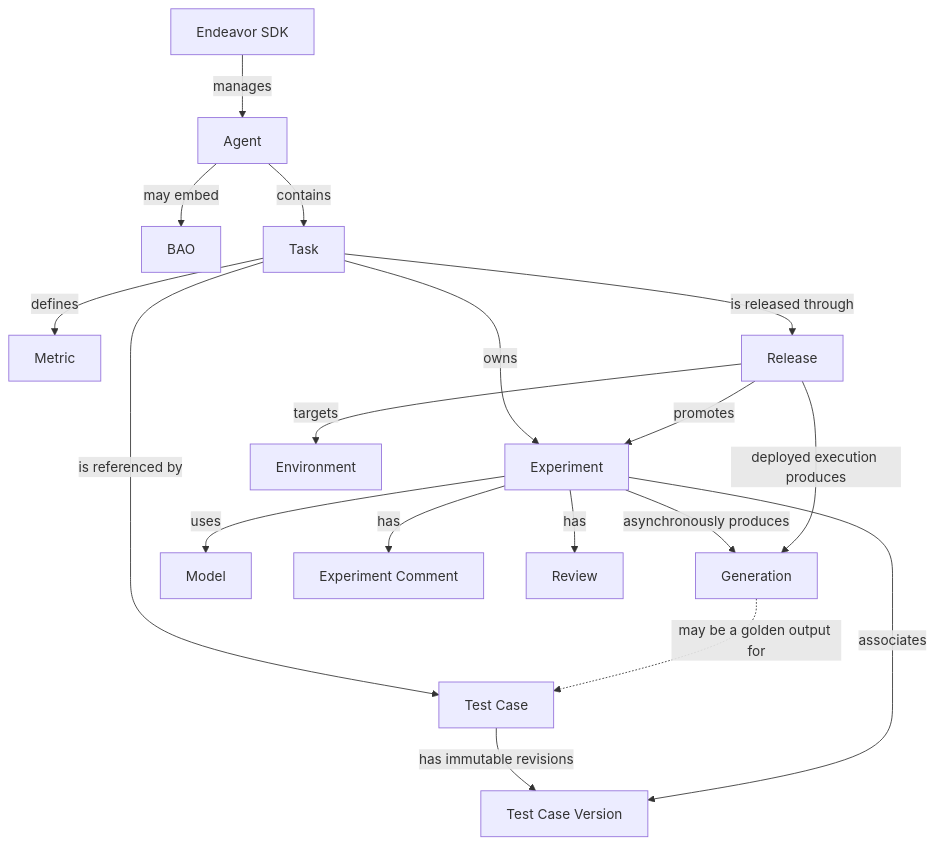
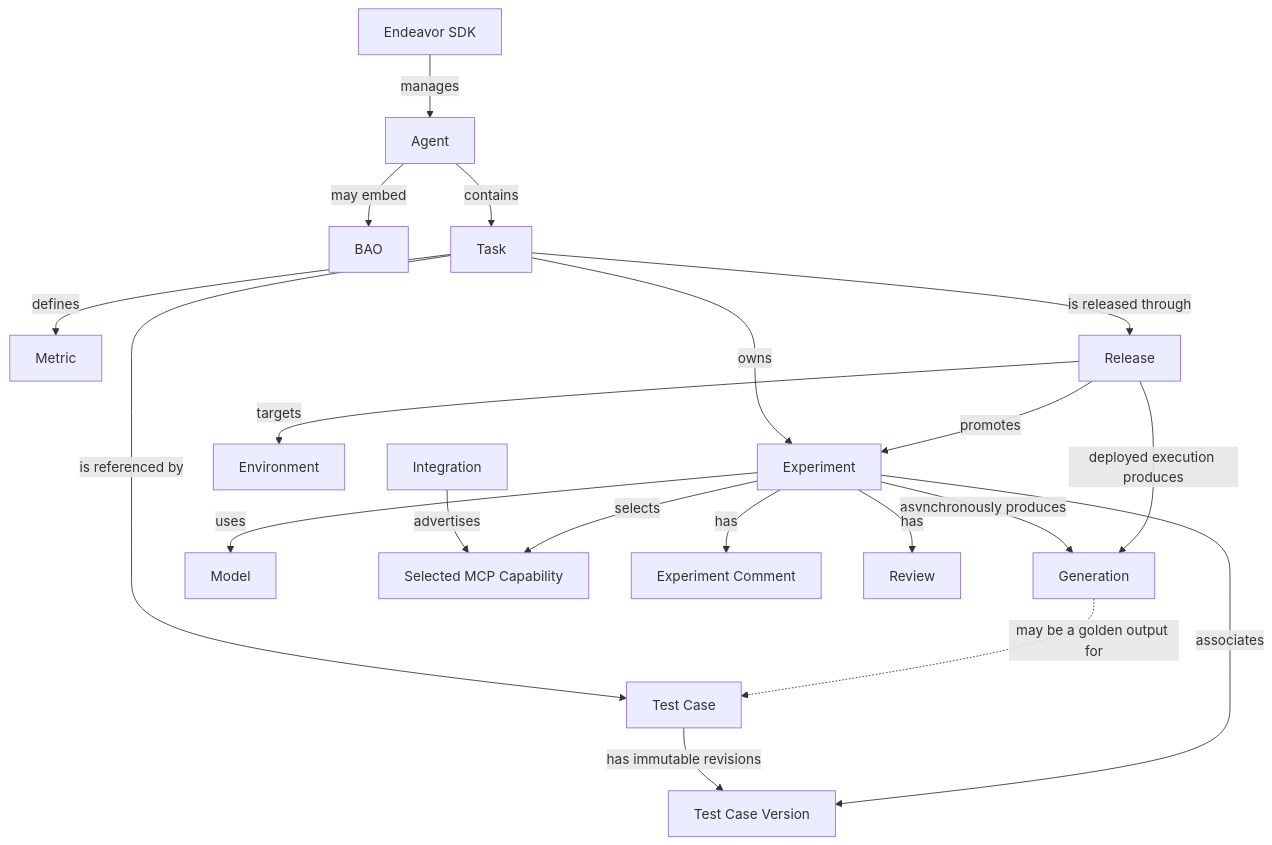
One commit to rotationalio/guidelight changed the diagram in docs/concepts.md. Above: the diagram before and after it, drawn with Mermaid. The commit also changed other lines of this file and 24 other files, not shown here.

````diff
--- a/docs/concepts.md
+++ b/docs/concepts.md
@@ -10,35 +10,39 @@
 ```mermaid
 flowchart TD
     SDK[Endeavor SDK]
     A[Agent]
     B[BAO]
     T[Task]
     M[Metric]
     TC[Test Case]
     TCV[Test Case Version]
     X[Experiment]
     G[Generation]
     R[Release]
     ENV[Environment]
     MODEL[Model]
+    I[Integration]
+    CAP[Selected MCP Capability]
     EC[Experiment Comment]
     RV[Review]
 
     SDK -->|manages| A
     A -->|contains| T
     A -->|may embed| B
     T -->|defines| M
     T -->|is referenced by| TC
     TC -->|has immutable revisions| TCV
     T -->|owns| X
     X -->|associates| TCV
     X -->|uses| MODEL
     X -->|asynchronously produces| G
     X -->|has| EC
     X -->|has| RV
     T -->|is released through| R
     R -->|promotes| X
     R -->|targets| ENV
     R -->|deployed execution produces| G
+    I -->|advertises| CAP
+    X -->|selects| CAP
     G -.->|may be a golden output for| TC
 ```
````
